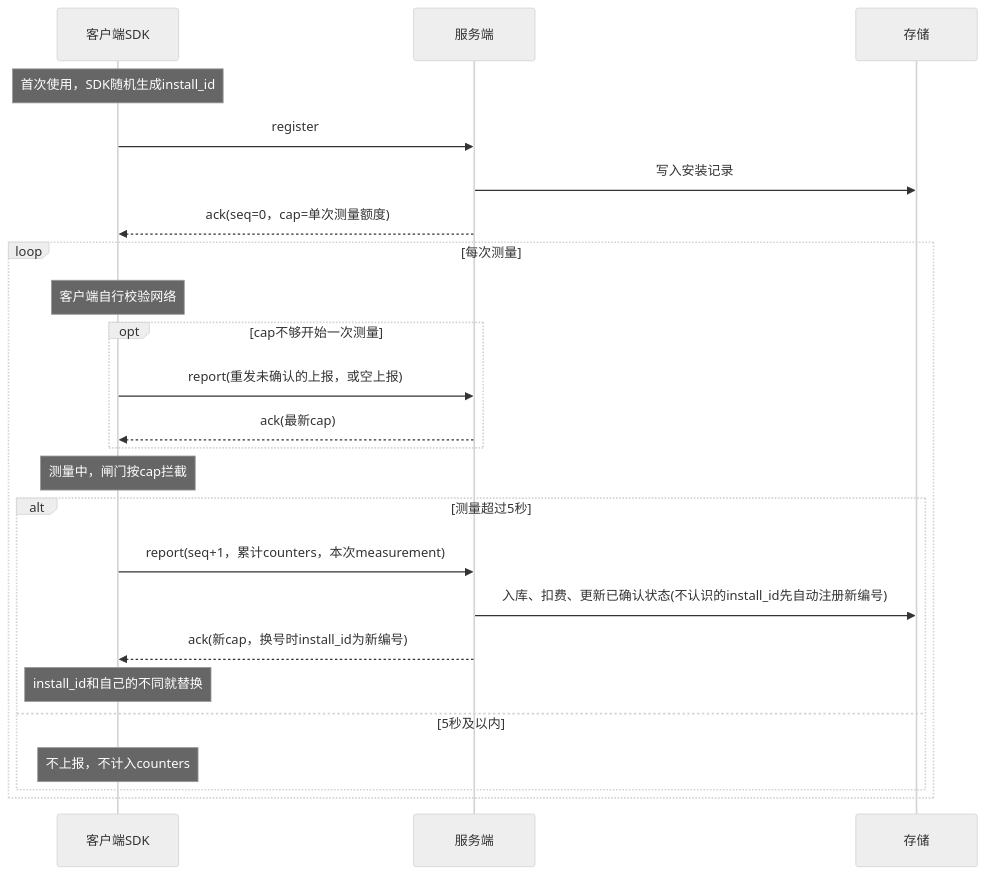
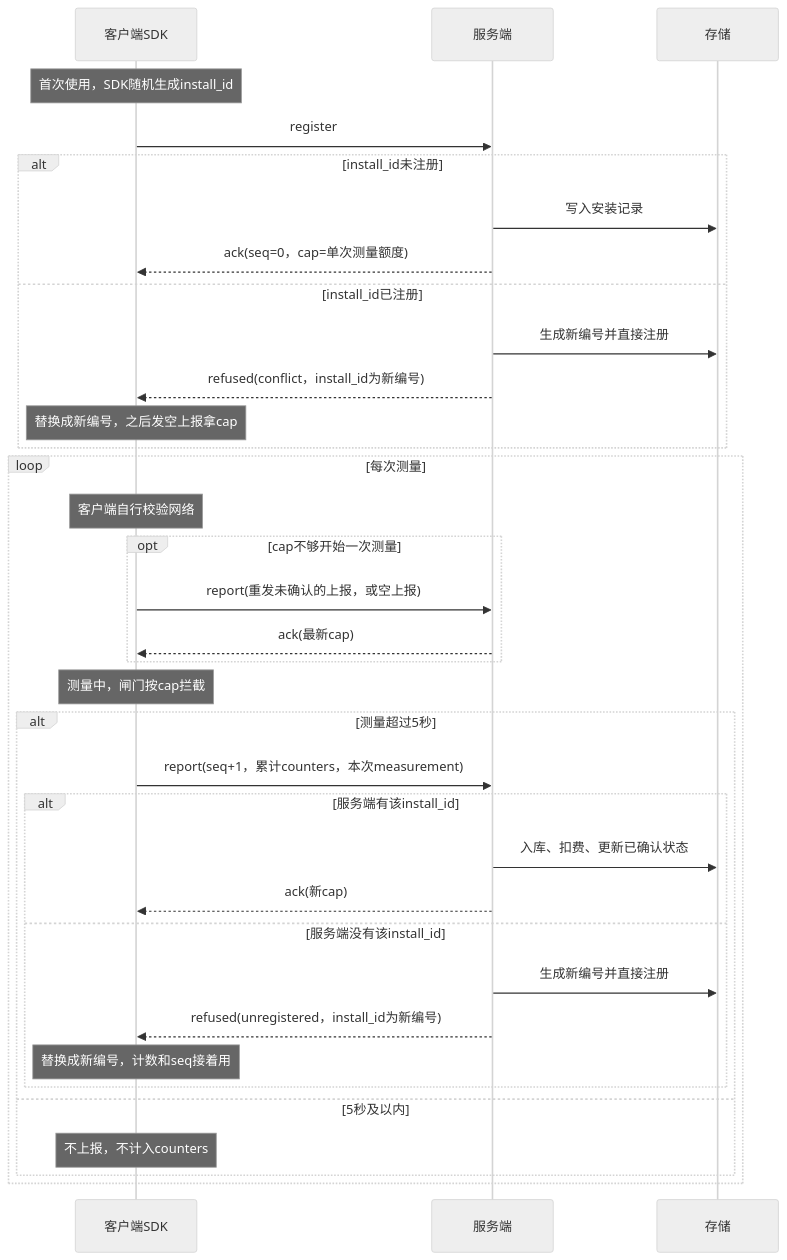
One commit to FacePhys/Afu-Server-demo changed the diagram in readme.md. Above: the diagram before and after it, drawn with Mermaid (neutral theme). The commit also changed other lines of this file, not shown here.

````diff
--- a/readme.md
+++ b/readme.md
@@ -319,28 +323,39 @@
 ```mermaid
 sequenceDiagram
     participant SDK as 客户端SDK
     participant S as 服务端
     participant DB as 存储
 
     Note over SDK: 首次使用，SDK随机生成install_id
     SDK->>S: register
-    S->>DB: 写入安装记录
-    S-->>SDK: ack(seq=0，cap=单次测量额度)
+    alt install_id未注册
+        S->>DB: 写入安装记录
+        S-->>SDK: ack(seq=0，cap=单次测量额度)
+    else install_id已注册
+        S->>DB: 生成新编号并直接注册
+        S-->>SDK: refused(conflict，install_id为新编号)
+        Note over SDK: 替换成新编号，之后发空上报拿cap
+    end
 
     loop 每次测量
         Note over SDK: 客户端自行校验网络
         opt cap不够开始一次测量
             SDK->>S: report(重发未确认的上报，或空上报)
             S-->>SDK: ack(最新cap)
         end
         Note over SDK: 测量中，闸门按cap拦截
         alt 测量超过5秒
             SDK->>S: report(seq+1，累计counters，本次measurement)
-            S->>DB: 入库、扣费、更新已确认状态(不认识的install_id先自动注册新编号)
-            S-->>SDK: ack(新cap，换号时install_id为新编号)
-            Note over SDK: install_id和自己的不同就替换
+            alt 服务端有该install_id
+                S->>DB: 入库、扣费、更新已确认状态
+                S-->>SDK: ack(新cap)
+            else 服务端没有该install_id
+                S->>DB: 生成新编号并直接注册
+                S-->>SDK: refused(unregistered，install_id为新编号)
+                Note over SDK: 替换成新编号，计数和seq接着用
+            end
         else 5秒及以内
             Note over SDK: 不上报，不计入counters
         end
     end
 ```
````
